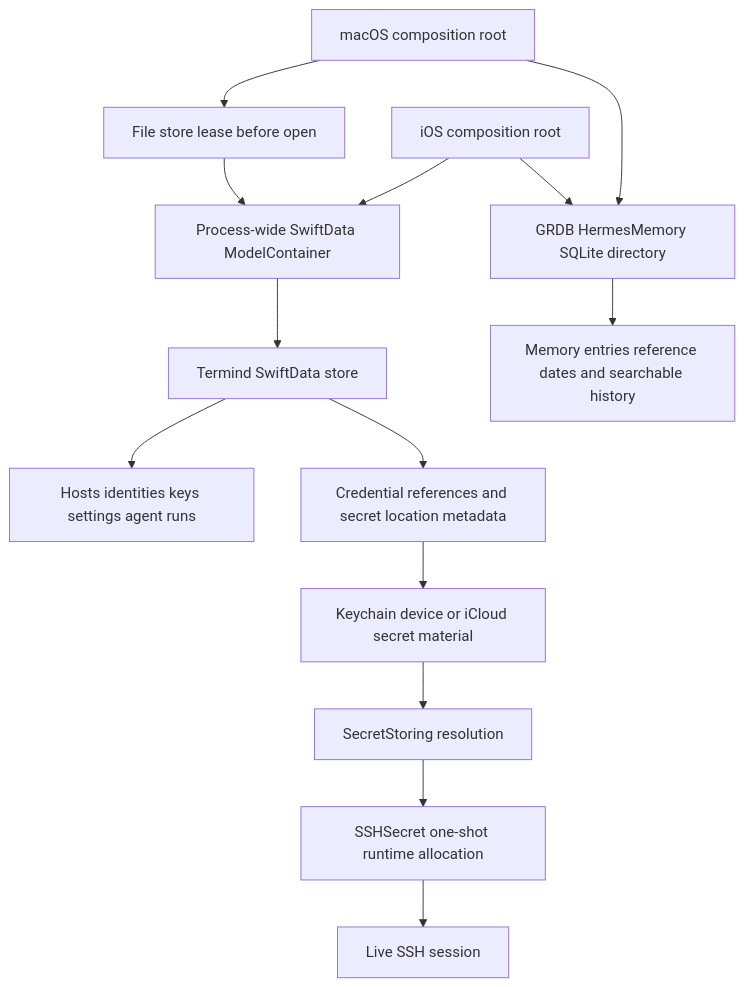
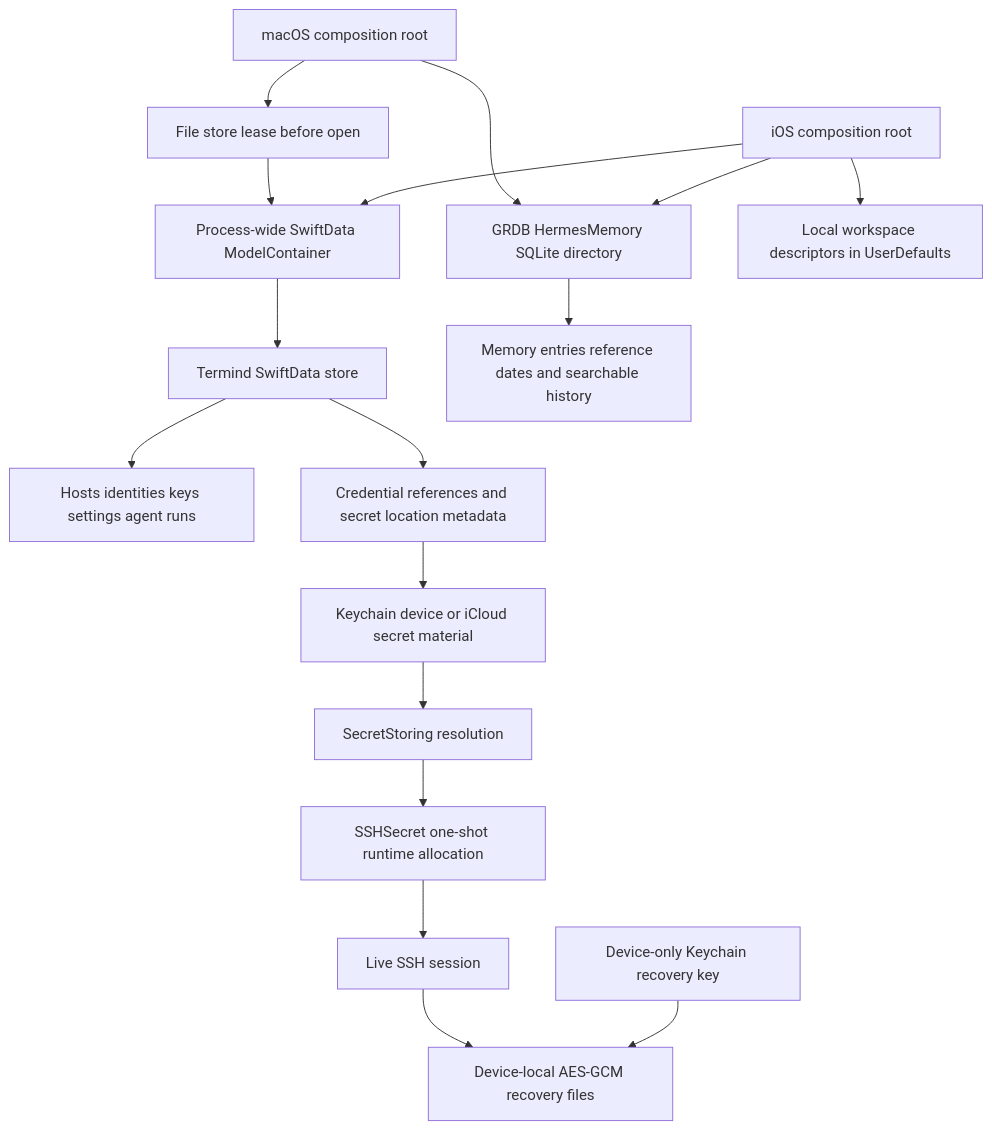
One commit to AkinoKaede/Termind changed the first of 8 diagrams in openwiki/concepts/persistence-and-secrets.md. Above: the diagram before and after it, drawn with Mermaid. The commit also changed other lines of this file and 68 other files, not shown here.

````diff
--- a/openwiki/concepts/persistence-and-secrets.md
+++ b/openwiki/concepts/persistence-and-secrets.md
@@ -189,16 +189,19 @@
 ```mermaid
 flowchart TD
     Desktop["macOS composition root"] --> Lock["File store lease before open"]
     Lock --> Container["Process-wide SwiftData ModelContainer"]
     Mobile["iOS composition root"] --> Container
     Container --> SwiftData["Termind SwiftData store"]
     SwiftData --> Metadata["Hosts identities keys settings agent runs"]
     SwiftData --> References["Credential references and secret location metadata"]
     References --> Keychain["Keychain device or iCloud secret material"]
     Desktop --> GRDB["GRDB HermesMemory SQLite directory"]
     Mobile --> GRDB
     GRDB --> Memory["Memory entries reference dates and searchable history"]
     Keychain --> Resolver["SecretStoring resolution"]
     Resolver --> Runtime["SSHSecret one-shot runtime allocation"]
     Runtime --> Session["Live SSH session"]
+    Session --> Recovery["Device-local AES-GCM recovery files"]
+    RecoveryKey["Device-only Keychain recovery key"] --> Recovery
+    Mobile --> Defaults["Local workspace descriptors in UserDefaults"]
 ```
````
